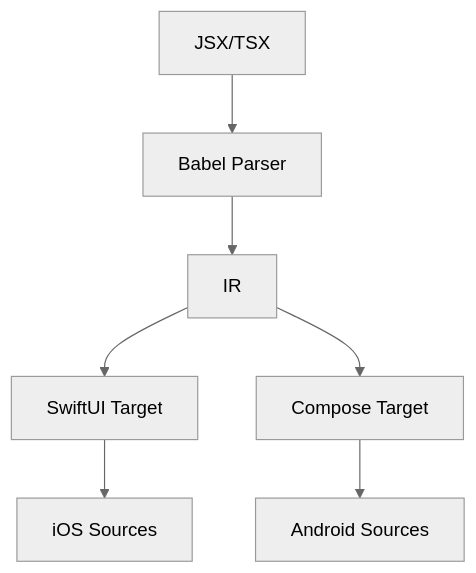
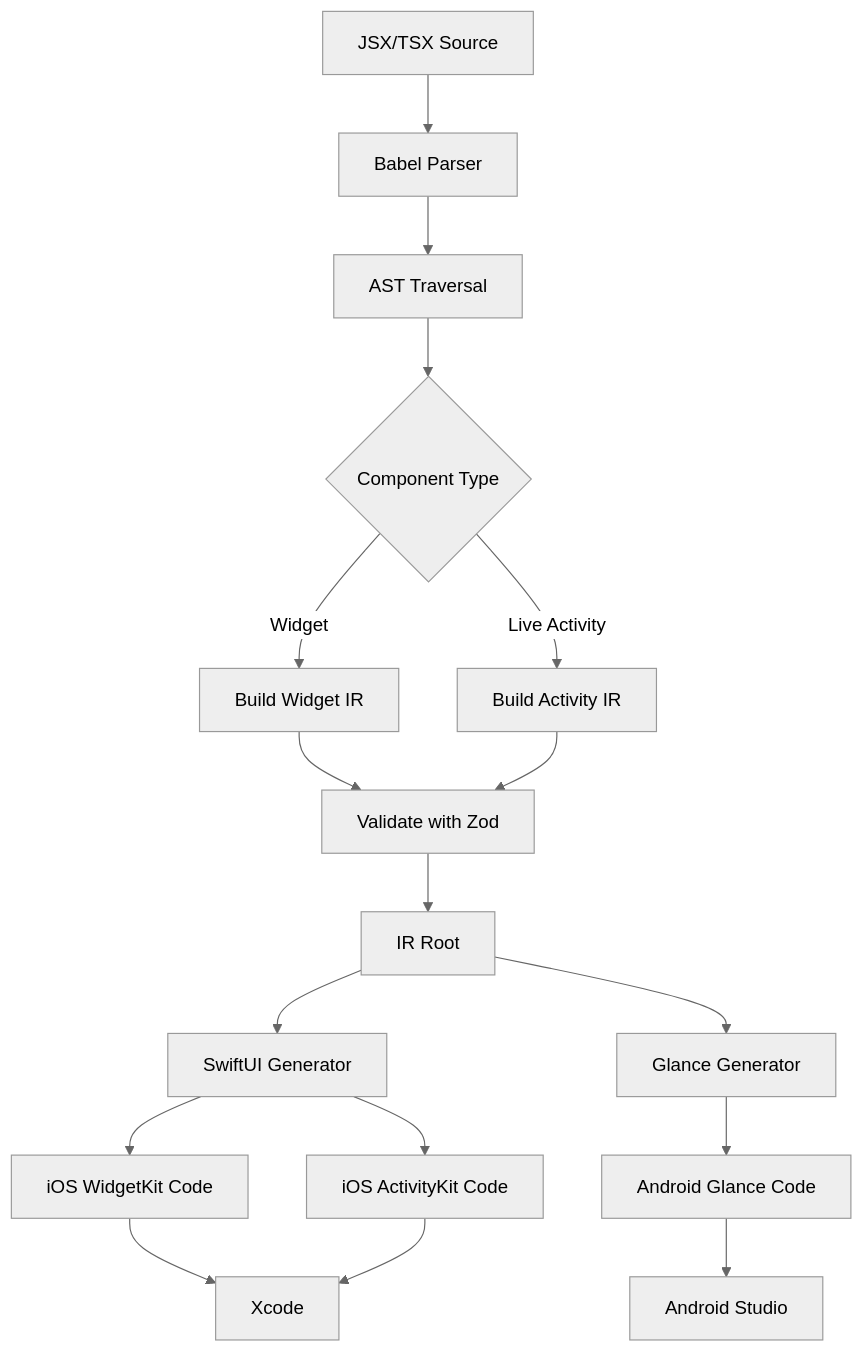
Before and after one commit to mukulchugh/brik: the diagram in docs/ARCHITECTURE.md, drawn with Mermaid (neutral theme). The commit also changed other lines of this file and 51 other files, not shown here.

````diff
--- a/docs/ARCHITECTURE.md
+++ b/docs/ARCHITECTURE.md
@@ -3,9 +9,19 @@
 ```mermaid
 graph TD
-  A[JSX/TSX] --> B[Babel Parser]
-  B --> C[IR]
-  C --> D[SwiftUI Target]
-  C --> E[Compose Target]
-  D --> F[iOS Sources]
-  E --> G[Android Sources]
+  A[JSX/TSX Source] --> B[Babel Parser]
+  B --> C[AST Traversal]
+  C --> D{Component Type}
+  D -->|Widget| E[Build Widget IR]
+  D -->|Live Activity| F[Build Activity IR]
+  E --> G[Validate with Zod]
+  F --> G
+  G --> H[IR Root]
+  H --> I[SwiftUI Generator]
+  H --> J[Glance Generator]
+  I --> K[iOS WidgetKit Code]
+  I --> L[iOS ActivityKit Code]
+  J --> M[Android Glance Code]
+  K --> N[Xcode]
+  L --> N
+  M --> O[Android Studio]
 ```
````
